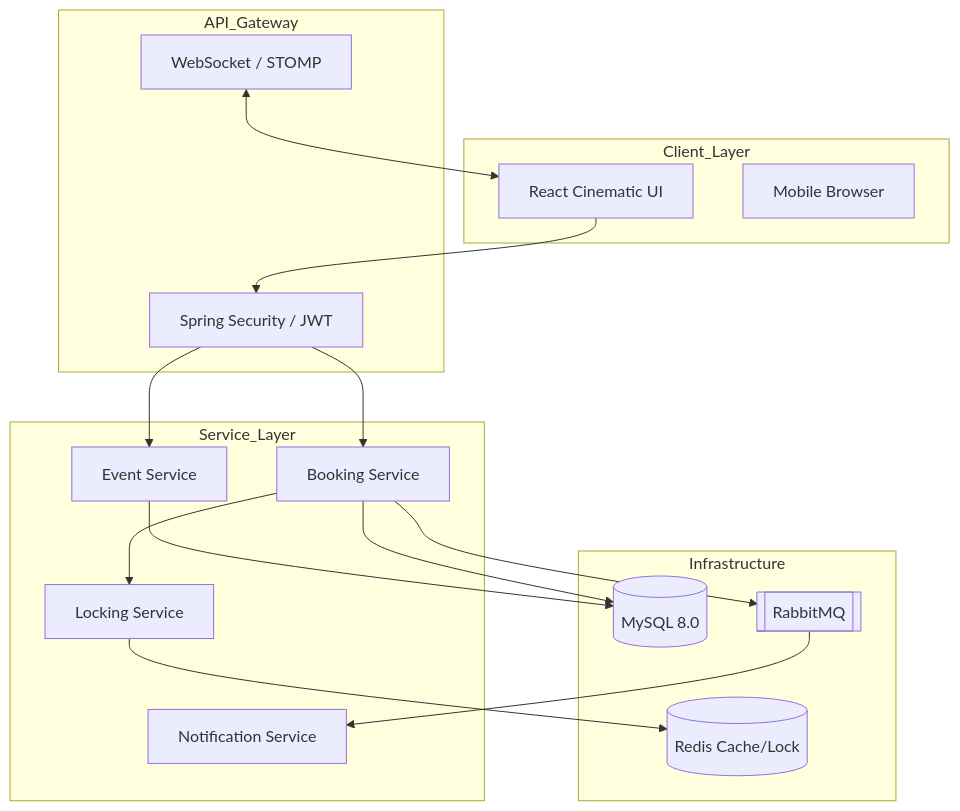
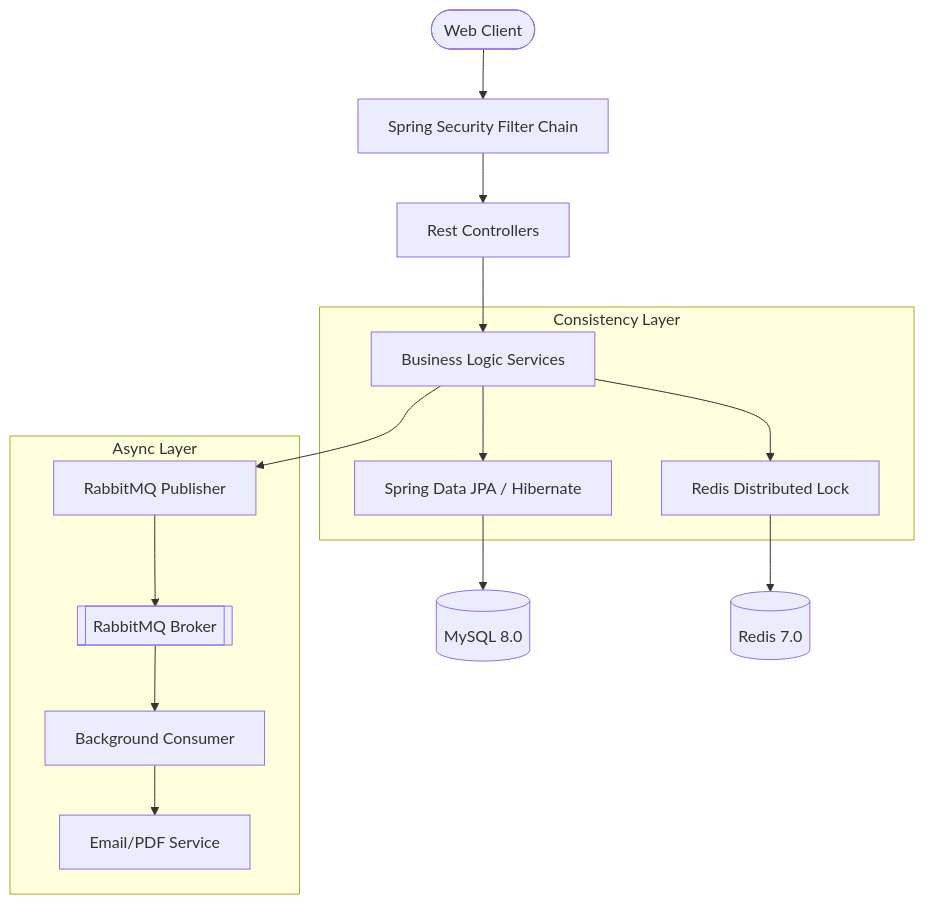
The diagram in README.md (Mahesh5f4/event-management-system), drawn with Mermaid before and after one commit. The commit also changed other lines of this file and 3 other files, not shown here.

````diff
--- a/README.md
+++ b/README.md
@@ -42,36 +36,21 @@
 ```mermaid
 graph TD
-    subgraph Client_Layer
-        Web[React Cinematic UI]
-        Mobile[Mobile Browser]
+    User([Web Client]) --> Gateway[Spring Security Filter Chain]
+    Gateway --> Controllers[Rest Controllers]
+    Controllers --> Services[Business Logic Services]
+    
+    subgraph "Consistency Layer"
+        Services --> RedisLock[Redis Distributed Lock]
+        Services --> JPA[Spring Data JPA / Hibernate]
     end
-
-    subgraph API_Gateway
-        Auth[Spring Security / JWT]
-        WS[WebSocket / STOMP]
+    
+    JPA --> MySQL[(MySQL 8.0)]
+    RedisLock --> Redis[(Redis 7.0)]
+    
+    subgraph "Async Layer"
+        Services --> RMQ_Pub[RabbitMQ Publisher]
+        RMQ_Pub --> RMQ[[RabbitMQ Broker]]
+        RMQ --> RMQ_Sub[Background Consumer]
+        RMQ_Sub --> Mail[Email/PDF Service]
     end
-
-    subgraph Service_Layer
-        ES[Event Service]
-        BS[Booking Service]
-        LS[Locking Service]
-        NS[Notification Service]
-    end
-
-    subgraph Infrastructure
-        MySQL[(MySQL 8.0)]
-        Redis[(Redis Cache/Lock)]
-        RMQ[[RabbitMQ]]
-    end
-
-    Web --> Auth
-    Auth --> ES
-    Auth --> BS
-    BS --> LS
-    LS --> Redis
-    BS --> RMQ
-    RMQ --> NS
-    ES --> MySQL
-    BS --> MySQL
-    WS <--> Web
 ```
````
